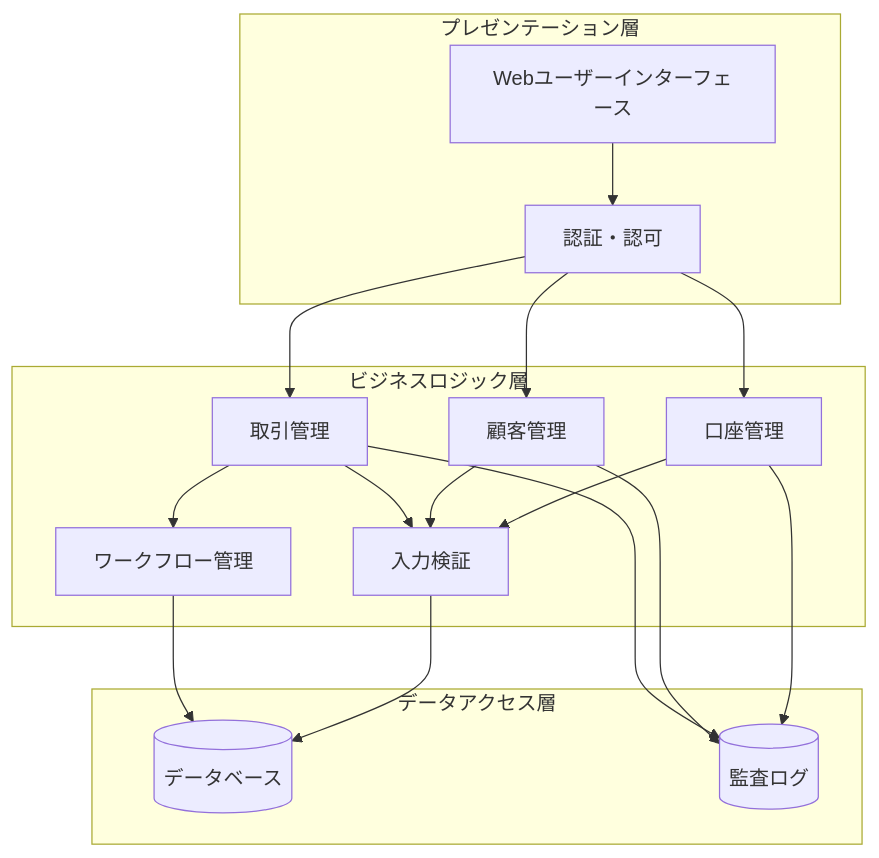
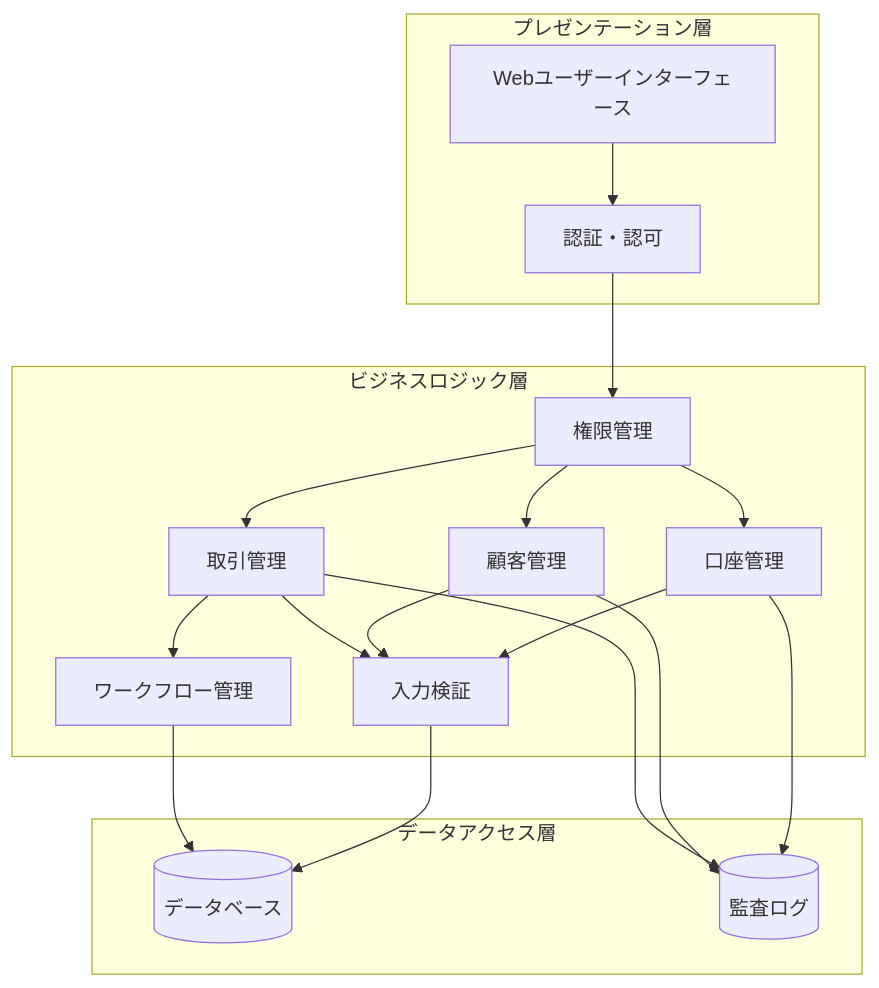
The first of 2 diagrams in .kiro/specs/financial-business-app/design.md (TaiseiChiba/dev5_research), drawn with Mermaid before and after one commit. The commit also changed other lines of this file and 7 other files, not shown here.

````diff
--- a/.kiro/specs/financial-business-app/design.md
+++ b/.kiro/specs/financial-business-app/design.md
@@ -21,34 +21,36 @@
 ```mermaid
 graph TB
     subgraph "プレゼンテーション層"
         UI[Webユーザーインターフェース]
         Auth[認証・認可]
     end
 
     subgraph "ビジネスロジック層"
         TM[取引管理]
         CM[顧客管理]
         AM[口座管理]
         WF[ワークフロー管理]
         VAL[入力検証]
+        PERM[権限管理]
     end
 
     subgraph "データアクセス層"
         DB[(データベース)]
         AUDIT[(監査ログ)]
     end
 
     UI --> Auth
-    Auth --> TM
-    Auth --> CM
-    Auth --> AM
+    Auth --> PERM
+    PERM --> TM
+    PERM --> CM
+    PERM --> AM
     TM --> WF
     TM --> VAL
     CM --> VAL
     AM --> VAL
     WF --> DB
     VAL --> DB
     TM --> AUDIT
     CM --> AUDIT
     AM --> AUDIT
 ```
````
